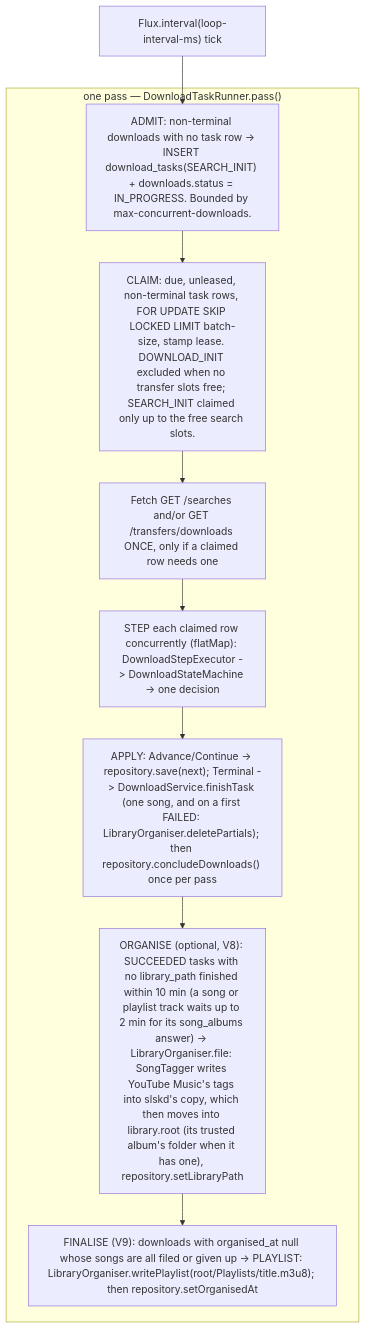
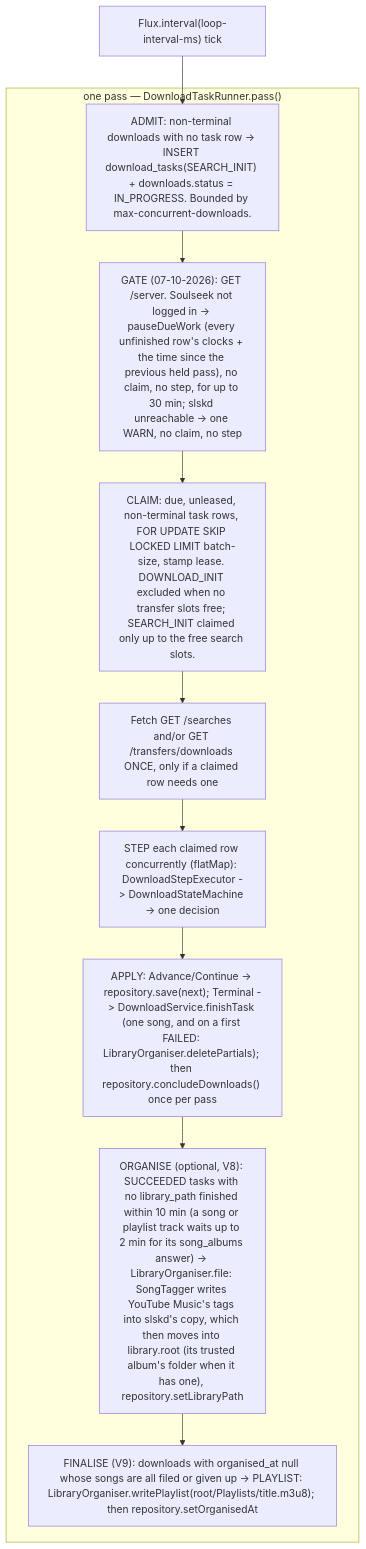
Before and after one commit to catacomb5099/naviseerr: the diagram in docs/architecture/download-manager.md, drawn with Mermaid. The commit also changed other lines of this file and 6 other files, not shown here.

````diff
--- a/docs/architecture/download-manager.md
+++ b/docs/architecture/download-manager.md
@@ -18,13 +18,14 @@
 ```mermaid
 flowchart TD
     tick["Flux.interval(loop-interval-ms) tick"] --> admit
     subgraph pass ["one pass — DownloadTaskRunner.pass()"]
       admit["ADMIT: non-terminal downloads with no task row -> INSERT download_tasks(SEARCH_INIT) + downloads.status = IN_PROGRESS. Bounded by max-concurrent-downloads."]
-      admit --> claim["CLAIM: due, unleased, non-terminal task rows, FOR UPDATE SKIP LOCKED LIMIT batch-size, stamp lease. DOWNLOAD_INIT excluded when no transfer slots free; SEARCH_INIT claimed only up to the free search slots."]
+      admit --> gate["GATE (07-10-2026): GET /server. Soulseek not logged in -> pauseDueWork (every unfinished row's clocks + the time since the previous held pass), no claim, no step, for up to 30 min; slskd unreachable -> one WARN, no claim, no step"]
+      gate --> claim["CLAIM: due, unleased, non-terminal task rows, FOR UPDATE SKIP LOCKED LIMIT batch-size, stamp lease. DOWNLOAD_INIT excluded when no transfer slots free; SEARCH_INIT claimed only up to the free search slots."]
       claim --> fetch["Fetch GET /searches and/or GET /transfers/downloads ONCE, only if a claimed row needs one"]
       fetch --> step["STEP each claimed row concurrently (flatMap): DownloadStepExecutor -> DownloadStateMachine -> one decision"]
       step --> apply["APPLY: Advance/Continue -> repository.save(next); Terminal -> DownloadService.finishTask (one song, and on a first FAILED: LibraryOrganiser.deletePartials); then repository.concludeDownloads() once per pass"]
       apply --> organise["ORGANISE (optional, V8): SUCCEEDED tasks with no library_path finished within 10 min (a song or playlist track waits up to 2 min for its song_albums answer) -> LibraryOrganiser.file: SongTagger writes YouTube Music's tags into slskd's copy, which then moves into library.root (its trusted album's folder when it has one), repository.setLibraryPath"]
       organise --> finalise["FINALISE (V9): downloads with organised_at null whose songs are all filed or given up -> PLAYLIST: LibraryOrganiser.writePlaylist(root/Playlists/title.m3u8); then repository.setOrganisedAt"]
     end
 ```
````
